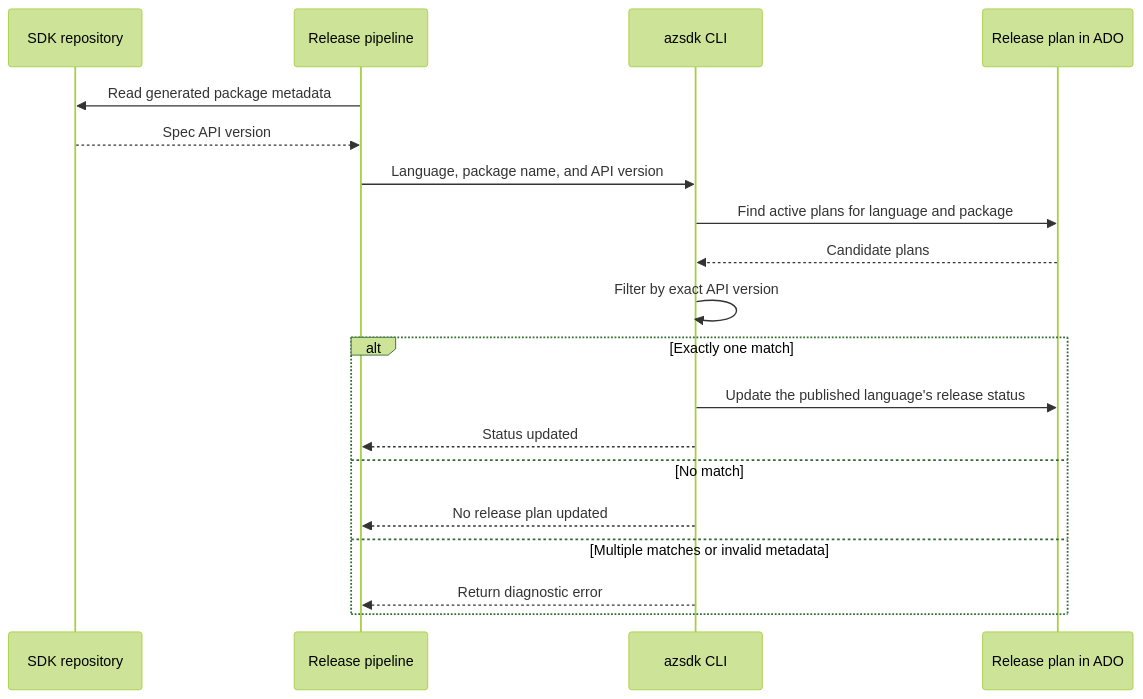
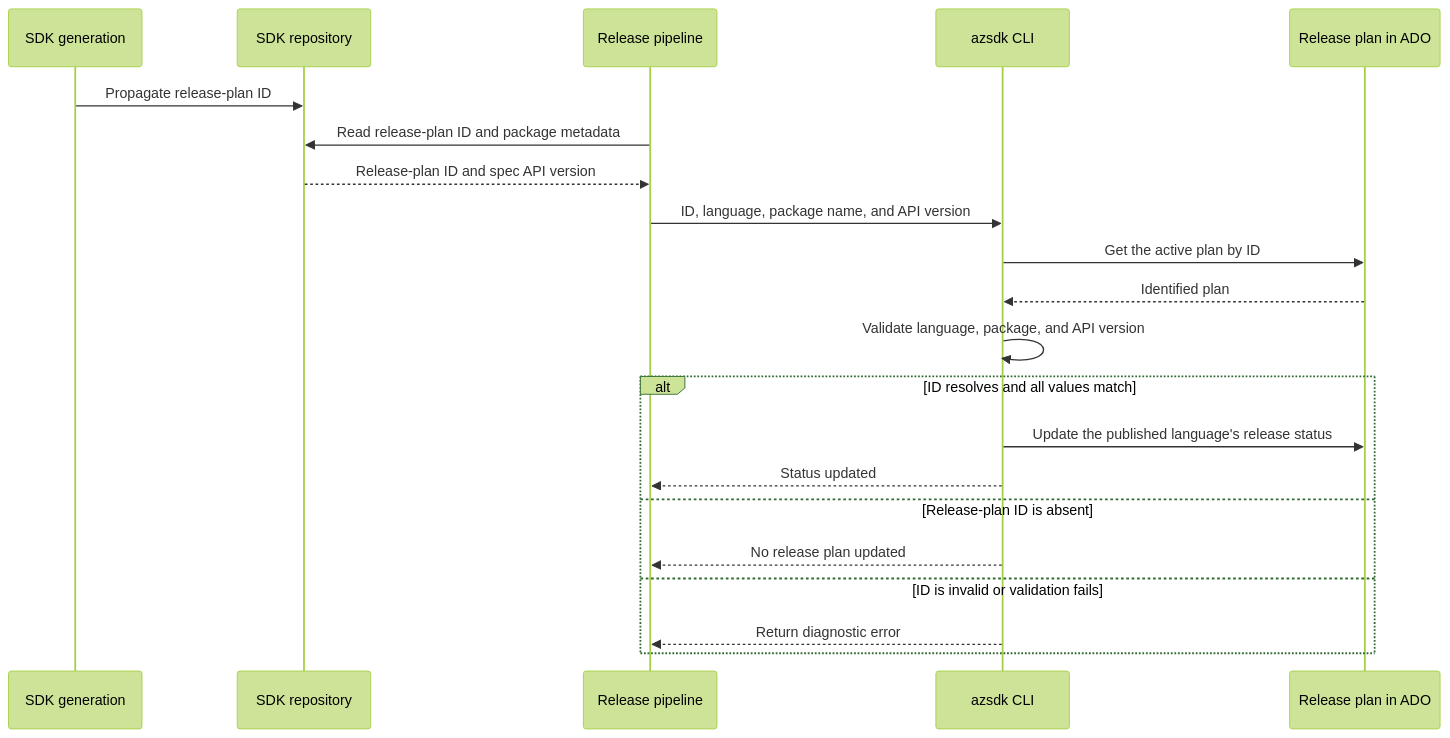
One commit to Azure/azure-sdk-tools changed the second of 3 diagrams in doc/release-plan-status-lookup-proposal.md. Above: the diagram before and after it, drawn with Mermaid (forest theme). The commit also changed other lines of this file, not shown here.

Commit message:
docs: include release-plan ID in status correlation

````diff
--- a/doc/release-plan-status-lookup-proposal.md
+++ b/doc/release-plan-status-lookup-proposal.md
@@ -47,23 +48,25 @@
 ```mermaid
 sequenceDiagram
+participant Generation as SDK generation
 participant SDK as SDK repository
 participant Pipeline as Release pipeline
 participant CLI as azsdk CLI
 participant ADO as Release plan in ADO
 
-Pipeline->>SDK: Read generated package metadata
-SDK-->>Pipeline: Spec API version
-Pipeline->>CLI: Language, package name, and API version
-CLI->>ADO: Find active plans for language and package
-ADO-->>CLI: Candidate plans
-CLI->>CLI: Filter by exact API version
+Generation->>SDK: Propagate release-plan ID
+Pipeline->>SDK: Read release-plan ID and package metadata
+SDK-->>Pipeline: Release-plan ID and spec API version
+Pipeline->>CLI: ID, language, package name, and API version
+CLI->>ADO: Get the active plan by ID
+ADO-->>CLI: Identified plan
+CLI->>CLI: Validate language, package, and API version
 
-alt Exactly one match
+alt ID resolves and all values match
 CLI->>ADO: Update the published language's release status
 CLI-->>Pipeline: Status updated
-else No match
+else Release-plan ID is absent
 CLI-->>Pipeline: No release plan updated
-else Multiple matches or invalid metadata
+else ID is invalid or validation fails
 CLI-->>Pipeline: Return diagnostic error
 end
 ```
````
